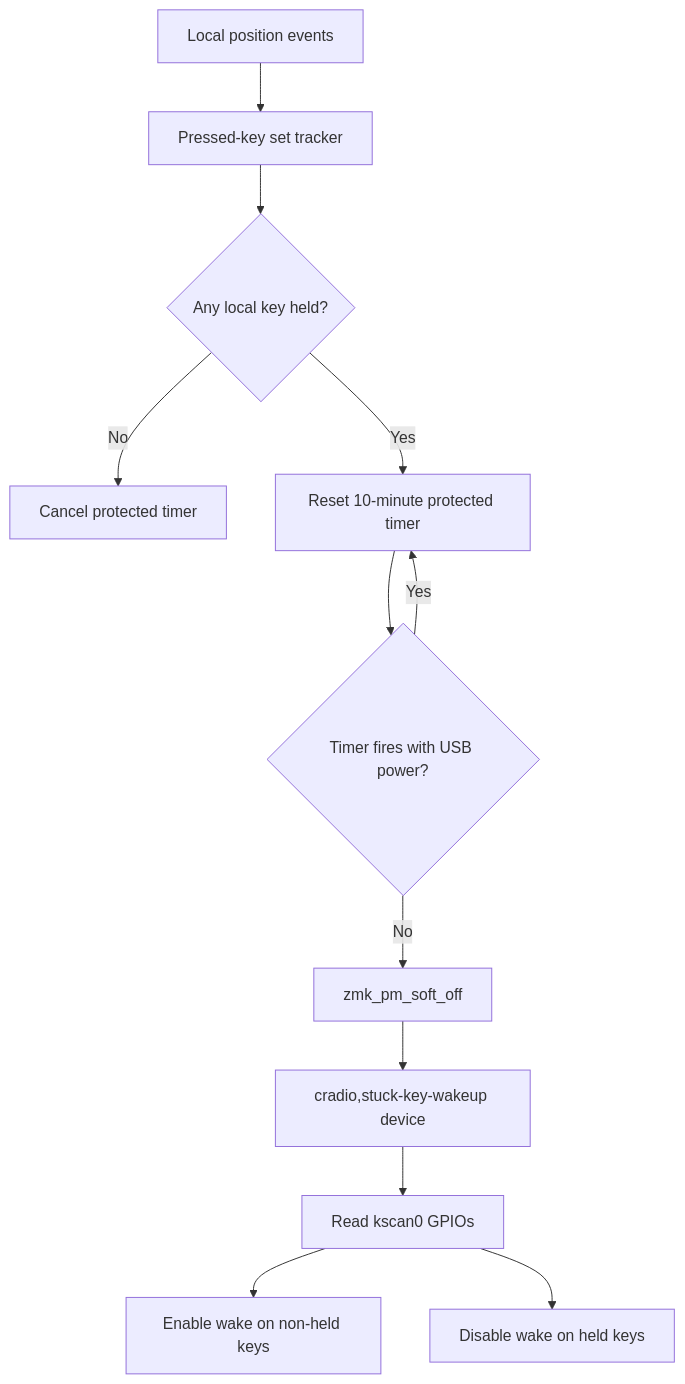
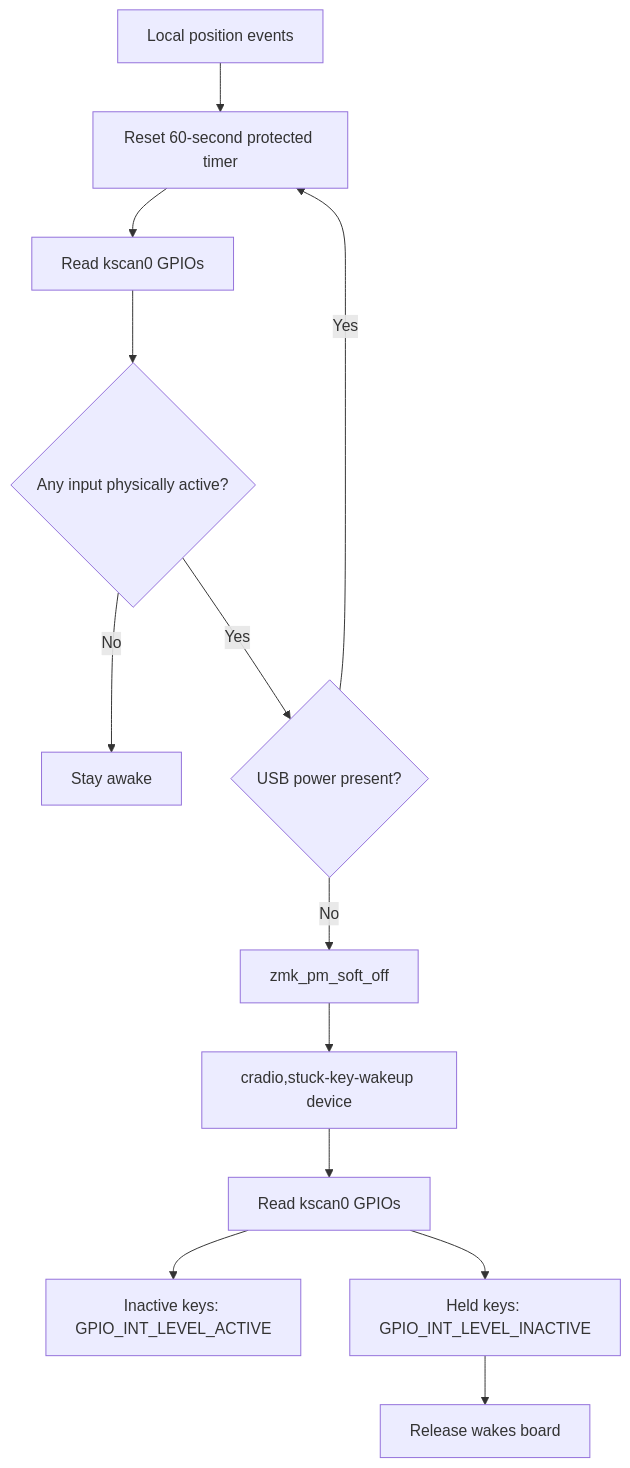
Before and after one commit to bajor/zmk-config-ferris: the diagram in ARCHITECTURE_DIFF.md, drawn with Mermaid. The commit also changed other lines of this file and 2 other files, not shown here.

Commit message:
Fix held-key soft-off wake policy

````diff
--- a/ARCHITECTURE_DIFF.md
+++ b/ARCHITECTURE_DIFF.md
@@ -9,14 +9,15 @@
 ```mermaid
 flowchart TD
-    A[Local position events] --> B[Pressed-key set tracker]
-    B --> C{Any local key held?}
-    C -->|No| D[Cancel protected timer]
-    C -->|Yes| E[Reset 10-minute protected timer]
-    E --> F{Timer fires with USB power?}
-    F -->|Yes| E
+    A[Local position events] --> B[Reset 60-second protected timer]
+    B --> C[Read kscan0 GPIOs]
+    C --> D{Any input physically active?}
+    D -->|No| E[Stay awake]
+    D -->|Yes| F{USB power present?}
+    F -->|Yes| B
     F -->|No| G[zmk_pm_soft_off]
     G --> H[cradio,stuck-key-wakeup device]
     H --> I[Read kscan0 GPIOs]
-    I --> J[Enable wake on non-held keys]
-    I --> K[Disable wake on held keys]
+    I --> J[Inactive keys: GPIO_INT_LEVEL_ACTIVE]
+    I --> K[Held keys: GPIO_INT_LEVEL_INACTIVE]
+    K --> L[Release wakes board]
 ```
````
